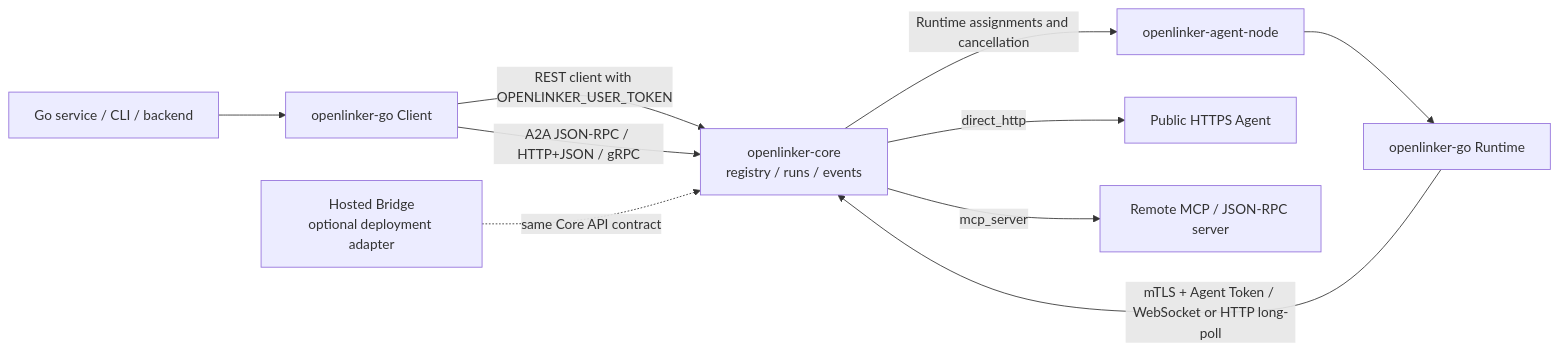
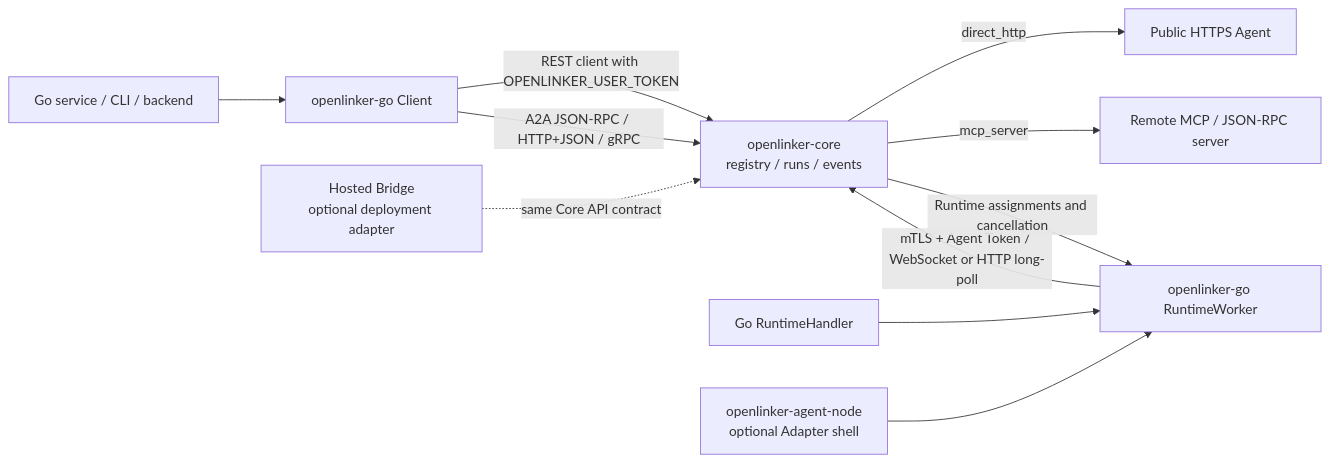
The diagram in README.md (OpenLinker-ai/openlinker-go), drawn with Mermaid before and after one commit. The commit also changed other lines of this file and 62 other files, not shown here.

Commit message:
feat(runtime)!: move reliable worker into SDK

````diff
--- a/README.md
+++ b/README.md
@@ -32,14 +32,15 @@
 ```mermaid
 flowchart LR
   Service["Go service / CLI / backend"] --> ClientSDK["openlinker-go Client"]
   ClientSDK -->|"REST client with OPENLINKER_USER_TOKEN"| Core["openlinker-core<br/>registry / runs / events"]
   ClientSDK -->|"A2A JSON-RPC / HTTP+JSON / gRPC"| Core
-  AgentNode["openlinker-agent-node"] --> RuntimeSDK["openlinker-go Runtime"]
+  AppHandler["Go RuntimeHandler"] --> RuntimeSDK["openlinker-go RuntimeWorker"]
+  AgentNode["openlinker-agent-node<br/>optional Adapter shell"] --> RuntimeSDK
   RuntimeSDK -->|"mTLS + Agent Token / WebSocket or HTTP long-poll"| Core
 
   HostedBridge["Hosted Bridge<br/>optional deployment adapter"] -.->|"same Core API contract"| Core
 
   Core -->|"direct_http"| HTTPAgent["Public HTTPS Agent"]
   Core -->|"mcp_server"| MCPAgent["Remote MCP / JSON-RPC server"]
-  Core -->|"Runtime assignments and cancellation"| AgentNode
+  Core -->|"Runtime assignments and cancellation"| RuntimeSDK
 ```
````
